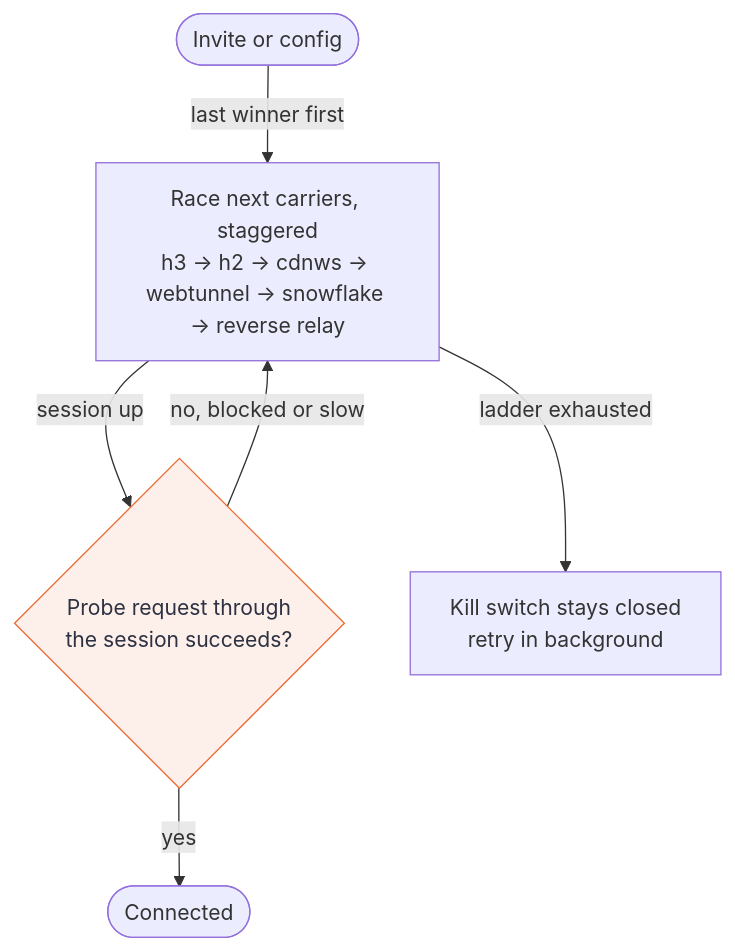
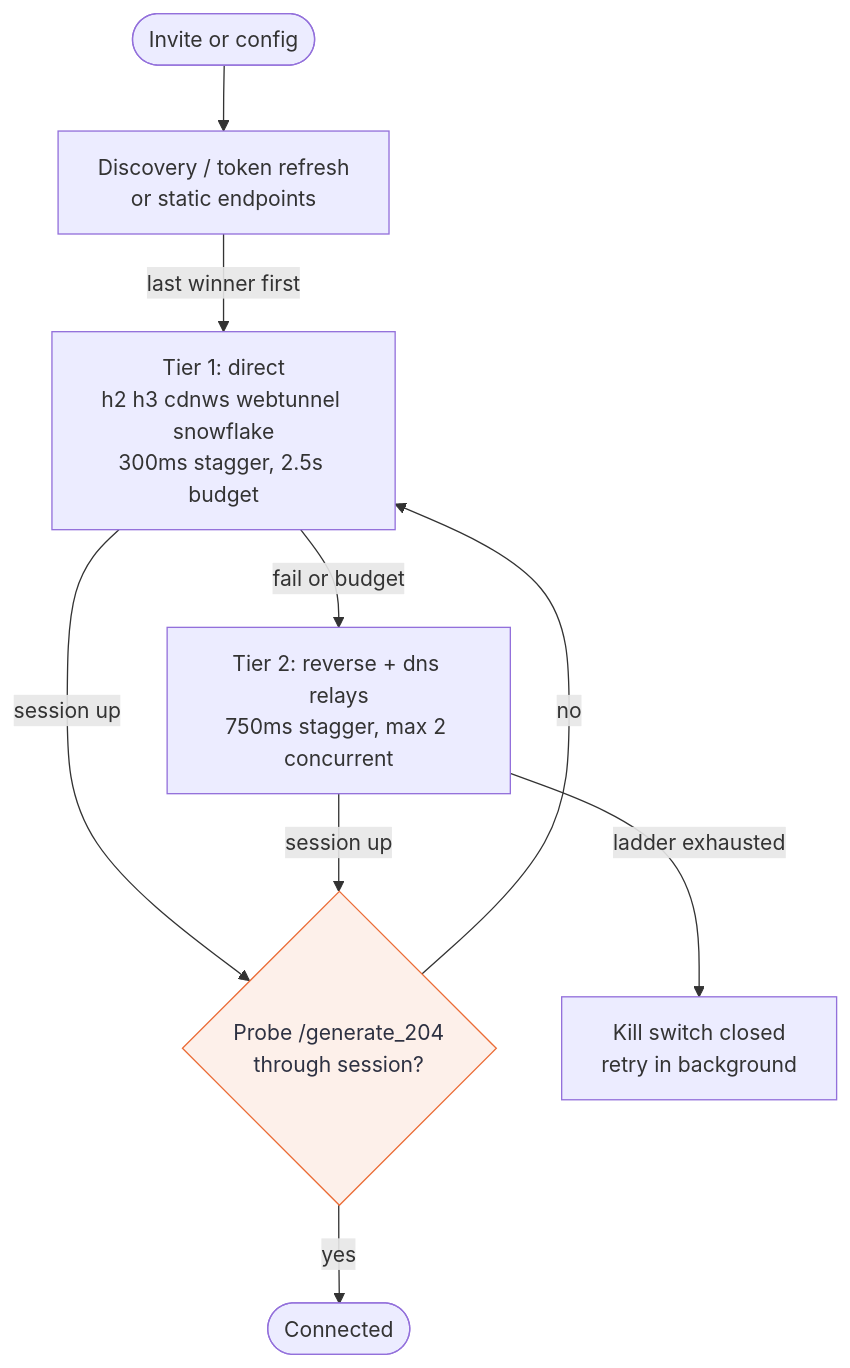
One commit to payam-foundation/dotvpn-client changed the first of 3 diagrams in README.md. Above: the diagram before and after it, drawn with Mermaid. The commit also changed other lines of this file and 21 other files, not shown here.

````diff
--- a/README.md
+++ b/README.md
@@ -23,17 +23,22 @@
 ```mermaid
 flowchart TD
     start(["Invite or config"])
-    race["Race next carriers, staggered<br/>h3 → h2 → cdnws → webtunnel → snowflake → reverse relay"]
-    probe{"Probe request through<br/>the session succeeds?"}
+    disc["Discovery / token refresh<br/>or static endpoints"]
+    direct["Tier 1: direct<br/>h2 h3 cdnws webtunnel snowflake<br/>300ms stagger, 2.5s budget"]
+    relay["Tier 2: reverse + dns relays<br/>750ms stagger, max 2 concurrent"]
+    probe{"Probe /generate_204<br/>through session?"}
     ok(["Connected"])
-    ks["Kill switch stays closed<br/>retry in background"]
+    ks["Kill switch closed<br/>retry in background"]
 
-    start -->|"last winner first"| race
-    race -->|"session up"| probe
-    probe -->|"yes"| ok
-    probe -->|"no, blocked or slow"| race
-    race -->|"ladder exhausted"| ks
+    start --> disc
+    disc -->|"last winner first"| direct
+    direct -->|"session up"| probe
+    direct -->|"fail or budget"| relay
+    relay -->|"session up"| probe
+    probe -->|yes| ok
+    probe -->|"no"| direct
+    relay -->|"ladder exhausted"| ks
 
     classDef focal fill:#fdf0ea,stroke:#eb6c36,color:#2d3142
     class probe focal
 ```
````
